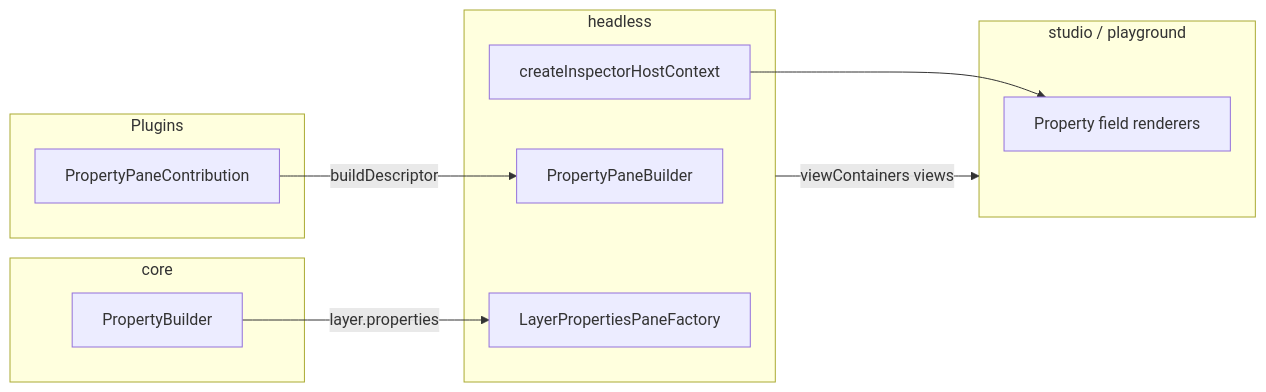
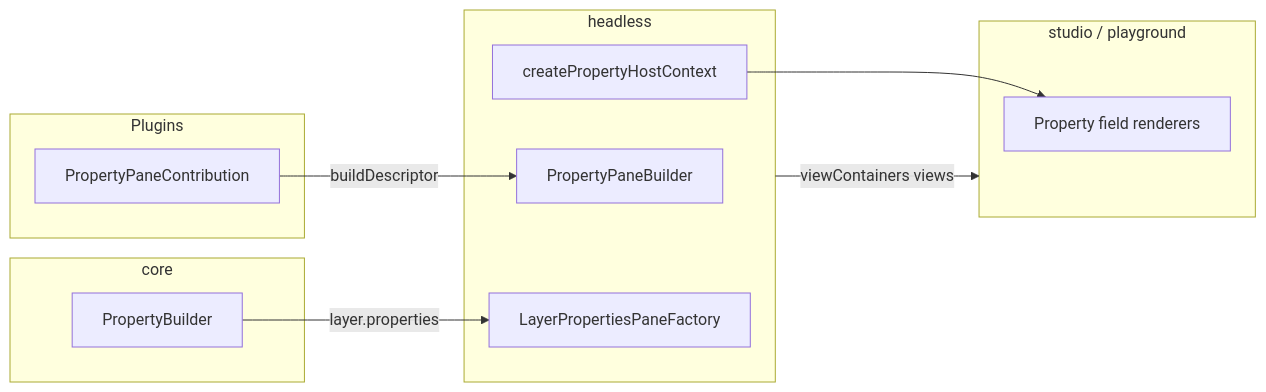
One commit to openenvx/editor changed the second of 2 diagrams in Architecture.md. Above: the diagram before and after it, drawn with Mermaid. The commit also changed other lines of this file and 78 other files, not shown here.

First line of the commit message:
feat: refactor inspector and property pane integration for enhanced UI management

````diff
--- a/Architecture.md
+++ b/Architecture.md
@@ -203,21 +203,21 @@
 ```mermaid
 flowchart LR
   subgraph plugins [Plugins]
     PropertyPlugin[PropertyPaneContribution]
   end
   subgraph corePkg [core]
     PropertyBuilder[PropertyBuilder]
   end
   subgraph headlessPkg [headless]
     Builder[PropertyPaneBuilder]
-    GenericCtx[createInspectorHostContext]
+    GenericCtx[createPropertyHostContext]
     Factory[LayerPropertiesPaneFactory]
   end
   subgraph app [studio / playground]
     Visitor[Property field renderers]
   end
   PropertyPlugin -->|buildDescriptor| Builder
   PropertyBuilder -->|layer.properties| Factory
   headlessPkg -->|viewContainers views| app
   GenericCtx --> Visitor
 ```
````
